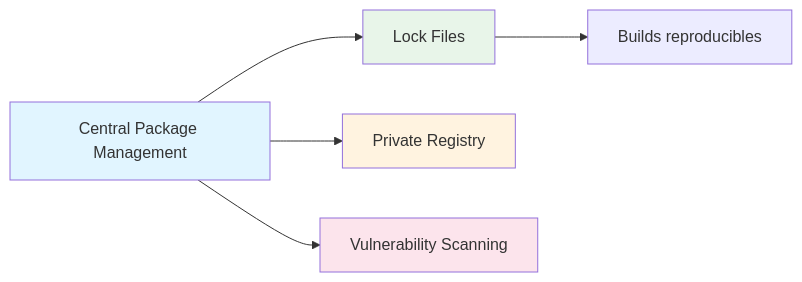
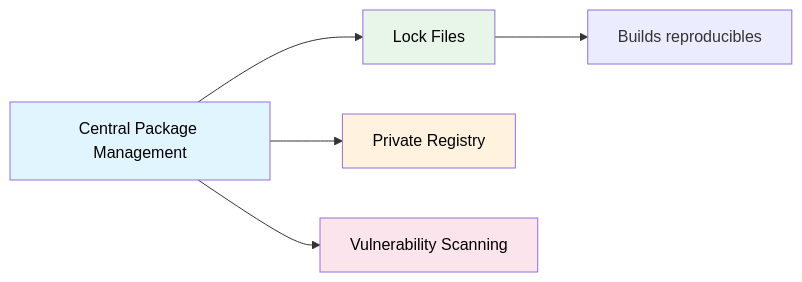
The diagram in docs/fundamentos-corporativos/estandares/desarrollo/package-management.md (jclemente-tlm/tlm-doc-architecture), drawn with Mermaid before and after one commit. The commit also changed 21 other files, not shown here.

````diff
--- a/docs/fundamentos-corporativos/estandares/desarrollo/package-management.md
+++ b/docs/fundamentos-corporativos/estandares/desarrollo/package-management.md
@@ -31,12 +31,12 @@
 ```mermaid
 graph LR
     A[Central Package Management] --> B[Lock Files]
     A --> C[Private Registry]
     A --> D[Vulnerability Scanning]
     B --> E[Builds reproducibles]
 
-    style A fill:#e1f5ff
-    style B fill:#e8f5e9
-    style C fill:#fff3e0
-    style D fill:#fce4ec
+    style A fill:#e1f5ff,color:#000000
+    style B fill:#e8f5e9,color:#000000
+    style C fill:#fff3e0,color:#000000
+    style D fill:#fce4ec,color:#000000
 ```
````
